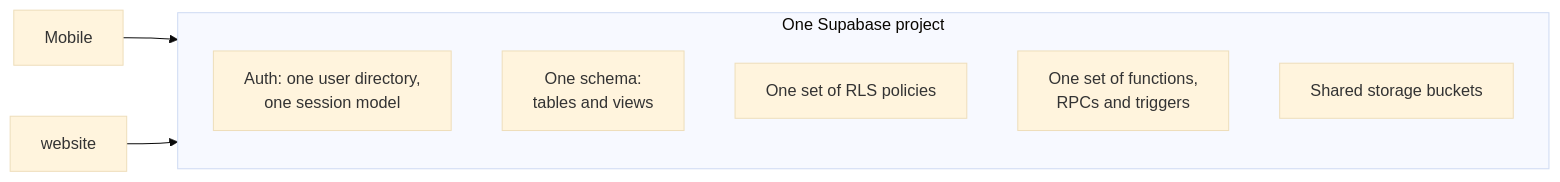
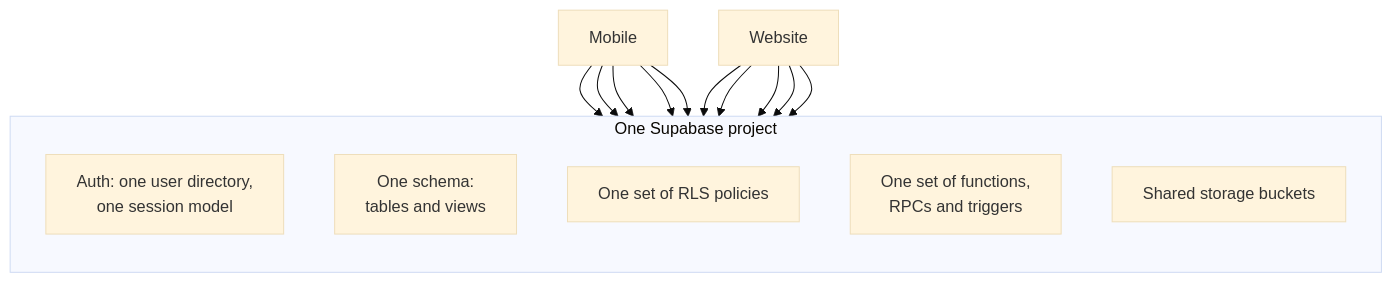
The diagram in docs/guides/architecture/shared-backend-model.mdx (iamhashir/ipac-documentation), drawn with Mermaid (base theme) before and after one commit. The commit also changed 12 other files, not shown here.

````diff
--- a/docs/guides/architecture/shared-backend-model.mdx
+++ b/docs/guides/architecture/shared-backend-model.mdx
@@ -31,14 +31,26 @@
 ```mermaid
-flowchart LR
-  OPS["Mobile"] --> S
-  ADM["website"] --> S
+flowchart TB
+  MOB["Mobile"]
+  WEB["Website"]
 
   subgraph S["One Supabase project"]
     direction TB
     A["Auth: one user directory,<br/>one session model"]
     D["One schema:<br/>tables and views"]
     P["One set of RLS policies"]
     F["One set of functions,<br/>RPCs and triggers"]
     B["Shared storage buckets"]
   end
+
+  MOB --> A
+  MOB --> D
+  MOB --> P
+  MOB --> F
+  MOB --> B
+
+  WEB --> A
+  WEB --> D
+  WEB --> P
+  WEB --> F
+  WEB --> B
 ```
````
